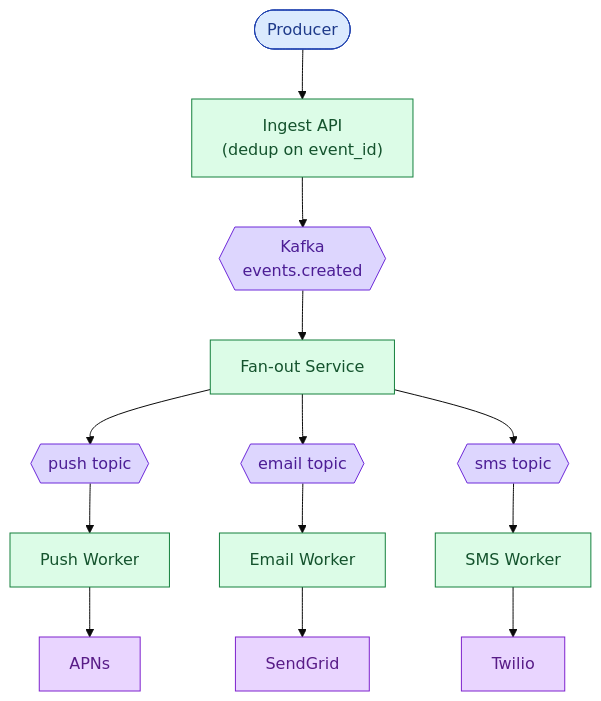
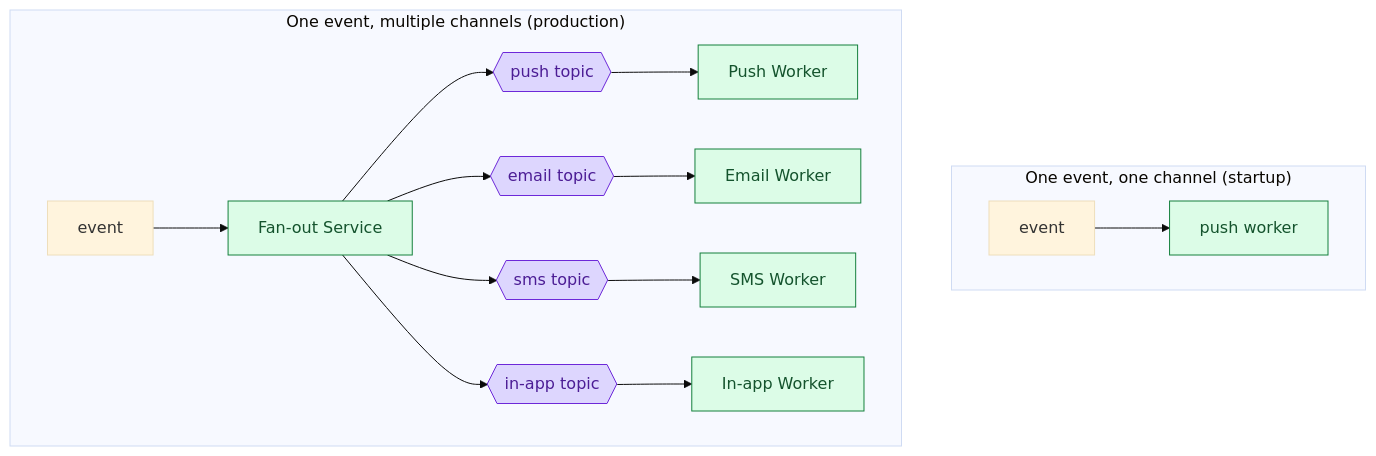
Before and after one commit to shiningflash/shiningflash.github.io: the third of 14 diagrams in _practice/system-design/010-notification-system.md, drawn with Mermaid (base theme). The commit also changed other lines of this file and 18 other files, not shown here.

````diff
--- a/_practice/system-design/010-notification-system.md
+++ b/_practice/system-design/010-notification-system.md
@@ -273,20 +155,20 @@
 ```mermaid
 flowchart TB
-    P([Producer]):::user --> I["Ingest API<br/>(dedup on event_id)"]:::app
-    I --> K{{"Kafka<br/>events.created"}}:::queue
-    K --> F["Fan-out Service"]:::app
-    F --> KP{{"push topic"}}:::queue
-    F --> KE{{"email topic"}}:::queue
-    F --> KS{{"sms topic"}}:::queue
-    KP --> PW["Push Worker"]:::app
-    KE --> EW["Email Worker"]:::app
-    KS --> SW["SMS Worker"]:::app
-    PW --> APNs:::ext
-    EW --> SG[SendGrid]:::ext
-    SW --> Tw[Twilio]:::ext
+    subgraph Before["One event, one channel (startup)"]
+        E1[event] --> Push1["push worker"]:::app
+    end
+    subgraph After["One event, multiple channels (production)"]
+        E2[event] --> F["Fan-out Service"]:::app
+        F --> KP{{"push topic"}}:::queue
+        F --> KE{{"email topic"}}:::queue
+        F --> KS{{"sms topic"}}:::queue
+        F --> KI{{"in-app topic"}}:::queue
+        KP --> PW["Push Worker"]:::app
+        KE --> EW["Email Worker"]:::app
+        KS --> SW["SMS Worker"]:::app
+        KI --> IW["In-app Worker"]:::app
+    end
 
-    classDef user fill:#dbeafe,stroke:#1e40af,color:#1e3a8a
     classDef app fill:#dcfce7,stroke:#15803d,color:#14532d
     classDef queue fill:#ddd6fe,stroke:#6d28d9,color:#4c1d95
-    classDef ext fill:#e9d5ff,stroke:#7e22ce,color:#581c87
 ```
````
